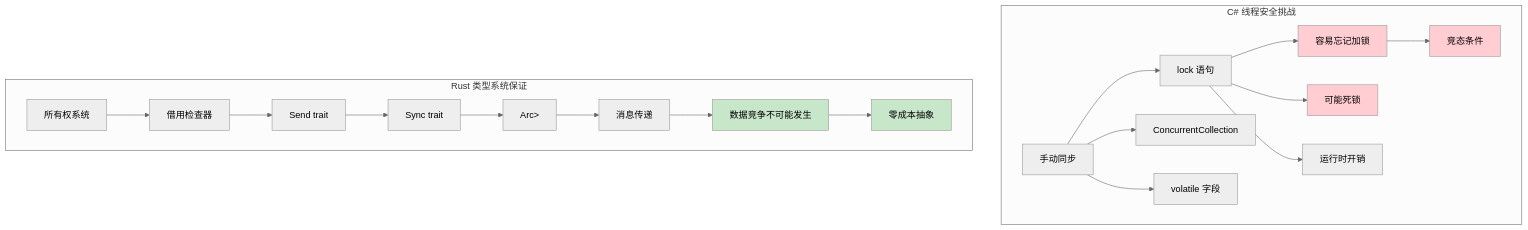
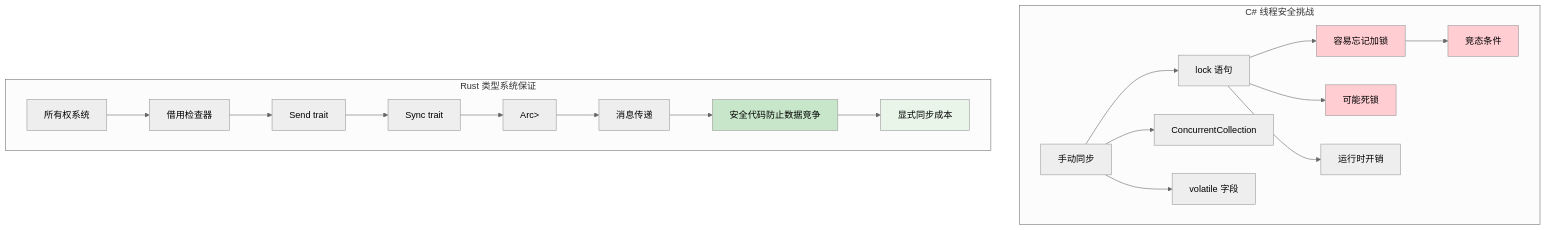
The diagram in zh-cn/csharp-book/src/ch13-concurrency.md (xiaofengoop/rust-for-csharp-programmers-zh-cn), drawn with Mermaid (neutral theme) before and after one commit. The commit also changed other lines of this file and 11 other files, not shown here.

````diff
--- a/zh-cn/csharp-book/src/ch13-concurrency.md
+++ b/zh-cn/csharp-book/src/ch13-concurrency.md
@@ -226,46 +226,46 @@
 ```mermaid
 graph TD
     subgraph "C# 线程安全挑战"
         CS_MANUAL["手动同步"]
         CS_LOCKS["lock 语句"]
         CS_CONCURRENT["ConcurrentCollection"]
         CS_VOLATILE["volatile 字段"]
         CS_FORGET["容易忘记加锁"]
         CS_DEADLOCK["可能死锁"]
         CS_RACE["竞态条件"]
         CS_OVERHEAD["运行时开销"]
         
         CS_MANUAL --> CS_LOCKS
         CS_MANUAL --> CS_CONCURRENT
         CS_MANUAL --> CS_VOLATILE
         CS_LOCKS --> CS_FORGET
         CS_LOCKS --> CS_DEADLOCK
         CS_FORGET --> CS_RACE
         CS_LOCKS --> CS_OVERHEAD
     end
     
     subgraph "Rust 类型系统保证"
         RUST_OWNERSHIP["所有权系统"]
         RUST_BORROWING["借用检查器"]
         RUST_SEND["Send trait"]
         RUST_SYNC["Sync trait"]
         RUST_ARC["Arc<Mutex<T>>"]
         RUST_CHANNELS["消息传递"]
-        RUST_SAFE["数据竞争不可能发生"]
-        RUST_FAST["零成本抽象"]
+        RUST_SAFE["安全代码防止数据竞争"]
+        RUST_SYNC_COST["显式同步成本"]
         
         RUST_OWNERSHIP --> RUST_BORROWING
         RUST_BORROWING --> RUST_SEND
         RUST_SEND --> RUST_SYNC
         RUST_SYNC --> RUST_ARC
         RUST_ARC --> RUST_CHANNELS
         RUST_CHANNELS --> RUST_SAFE
-        RUST_SAFE --> RUST_FAST
+        RUST_SAFE --> RUST_SYNC_COST
     end
     
     style CS_FORGET fill:#ffcdd2,color:#000
     style CS_DEADLOCK fill:#ffcdd2,color:#000
     style CS_RACE fill:#ffcdd2,color:#000
     style RUST_SAFE fill:#c8e6c9,color:#000
-    style RUST_FAST fill:#c8e6c9,color:#000
+    style RUST_SYNC_COST fill:#e8f5e8,color:#000
 ```
````
